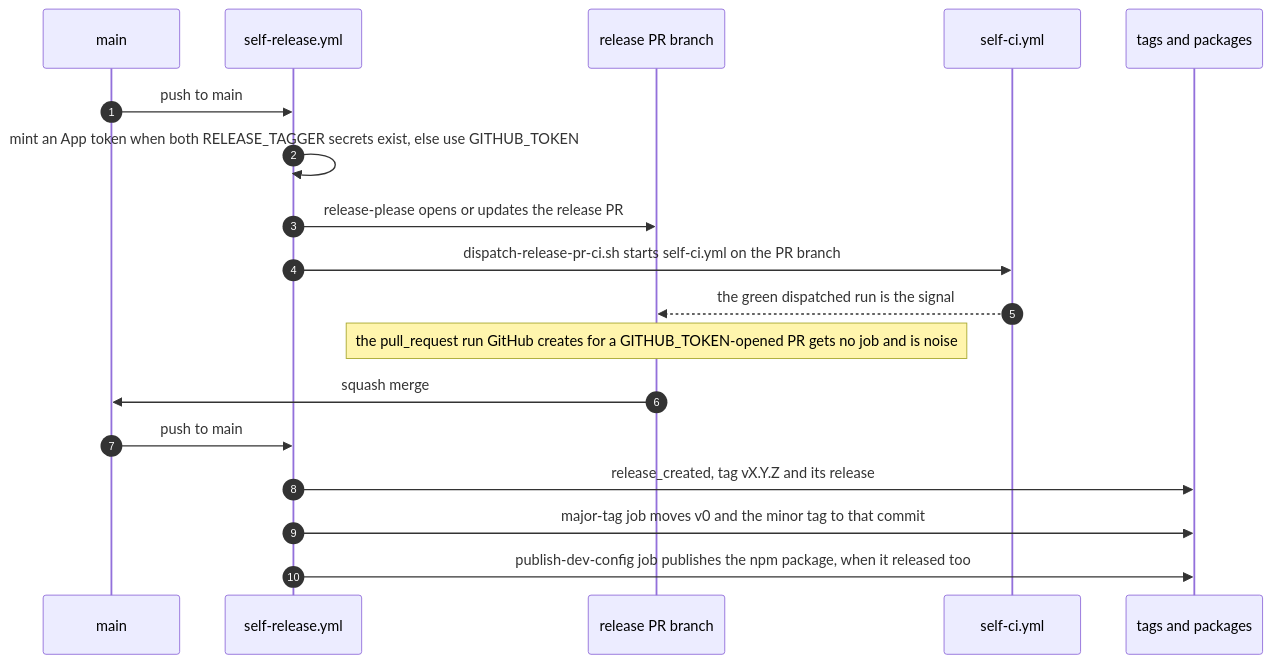
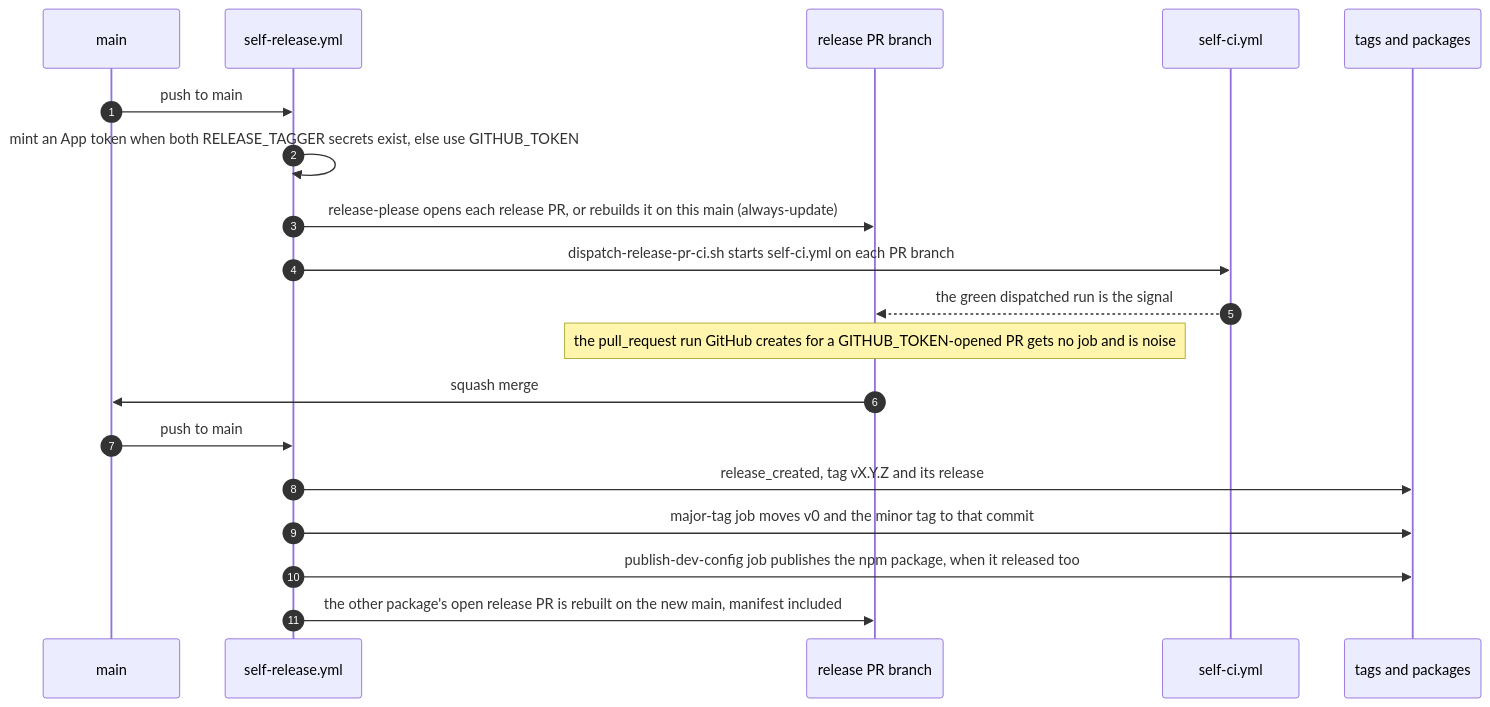
The diagram in AGENTS.md (blinkbitcoin/shared-workflows), drawn with Mermaid before and after one commit. The commit also changed other lines of this file and 6 other files, not shown here.

First line of the commit message:
ci(self): rebuild every open release PR on each push to main (#77)

````diff
--- a/AGENTS.md
+++ b/AGENTS.md
@@ -137,20 +143,21 @@
   ```mermaid
   sequenceDiagram
     autonumber
     participant main as main
     participant rel as self-release.yml
     participant pr as release PR branch
     participant ci as self-ci.yml
     participant tags as tags and packages
     main->>rel: push to main
     rel->>rel: mint an App token when both RELEASE_TAGGER secrets exist, else use GITHUB_TOKEN
-    rel->>pr: release-please opens or updates the release PR
-    rel->>ci: dispatch-release-pr-ci.sh starts self-ci.yml on the PR branch
+    rel->>pr: release-please opens each release PR, or rebuilds it on this main (always-update)
+    rel->>ci: dispatch-release-pr-ci.sh starts self-ci.yml on each PR branch
     ci-->>pr: the green dispatched run is the signal
     Note over pr: the pull_request run GitHub creates for a GITHUB_TOKEN-opened PR gets no job and is noise
     pr->>main: squash merge
     main->>rel: push to main
     rel->>tags: release_created, tag vX.Y.Z and its release
     rel->>tags: major-tag job moves v0 and the minor tag to that commit
     rel->>tags: publish-dev-config job publishes the npm package, when it released too
+    rel->>pr: the other package's open release PR is rebuilt on the new main, manifest included
   ```
````
